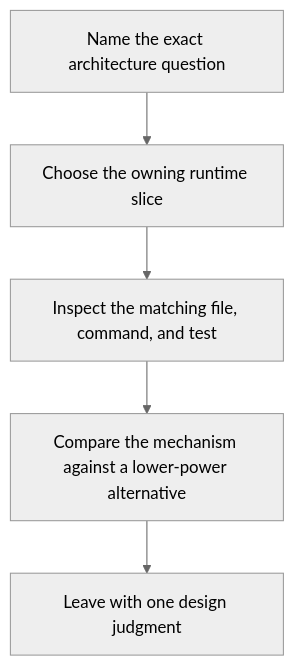
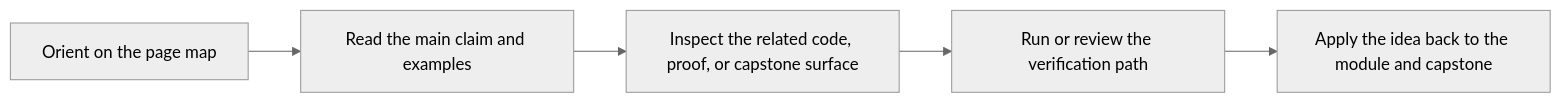
Before and after one commit to bijux/bijux-masterclass: the second of 2 diagrams in programs/python-programming/python-meta-programming/course-book/capstone/capstone-architecture-guide.md, drawn with Mermaid (neutral theme). The commit also changed other lines of this file and 91 other files, not shown here.

Commit message:
docs(python-meta-programming): map advanced runtime and capstone surfaces

````diff
--- a/programs/python-programming/python-meta-programming/course-book/capstone/capstone-architecture-guide.md
+++ b/programs/python-programming/python-meta-programming/course-book/capstone/capstone-architecture-guide.md
@@ -14,7 +18,7 @@
 ```mermaid
-flowchart TD
-  question["Name the exact architecture question"] --> slice["Choose the owning runtime slice"]
-  slice --> inspect["Inspect the matching file, command, and test"]
-  inspect --> compare["Compare the mechanism against a lower-power alternative"]
-  compare --> decision["Leave with one design judgment"]
+flowchart LR
+  orient["Orient on the page map"] --> read["Read the main claim and examples"]
+  read --> inspect["Inspect the related code, proof, or capstone surface"]
+  inspect --> verify["Run or review the verification path"]
+  verify --> apply["Apply the idea back to the module and capstone"]
 ```
````
